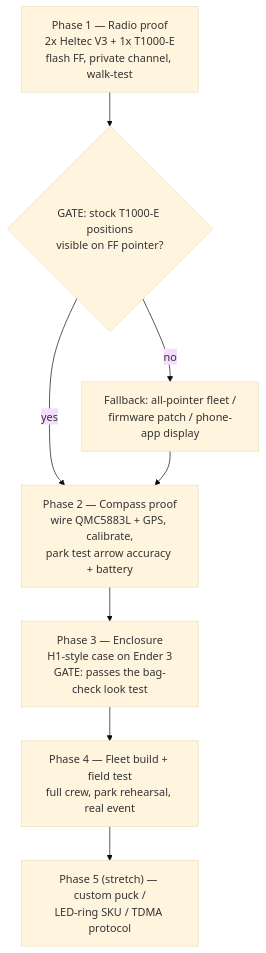
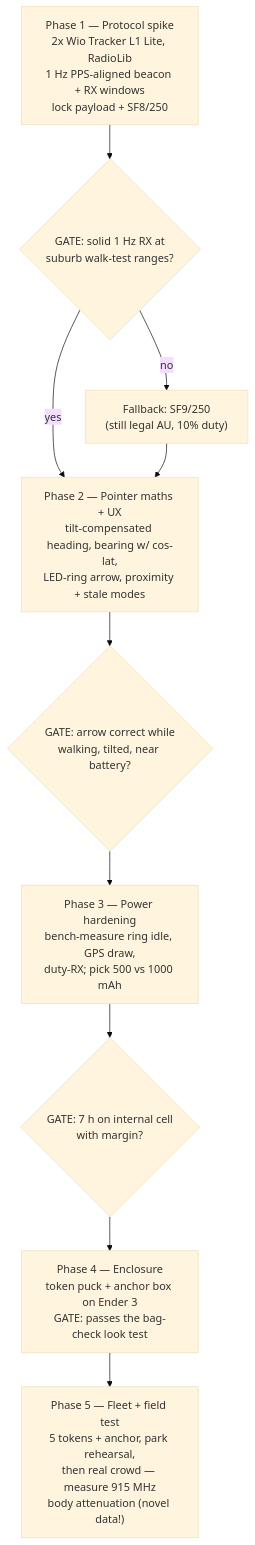
Before and after one commit to nathanielgtran/rave-compass: the fourth of 4 diagrams in PLAN.md, drawn with Mermaid (base theme). The commit also changed other lines of this file and 7 other files, not shown here.

Commit message:
docs: single-beacon architecture rewrite — research, plan, diagrams, review fixes

````diff
--- a/PLAN.md
+++ b/PLAN.md
@@ -116,15 +116,17 @@
 ```mermaid
 flowchart TD
-    P1["Phase 1 — Radio proof<br/>2x Heltec V3 + 1x T1000-E<br/>flash FF, private channel, walk-test"]
-    G1{"GATE: stock T1000-E positions<br/>visible on FF pointer?"}
-    ALT["Fallback: all-pointer fleet /<br/>firmware patch / phone-app display"]
-    P2["Phase 2 — Compass proof<br/>wire QMC5883L + GPS, calibrate,<br/>park test arrow accuracy + battery"]
-    P3["Phase 3 — Enclosure<br/>H1-style case on Ender 3<br/>GATE: passes the bag-check look test"]
-    P4["Phase 4 — Fleet build + field test<br/>full crew, park rehearsal, real event"]
-    P5["Phase 5 (stretch) — custom puck /<br/>LED-ring SKU / TDMA protocol"]
+    P1["Phase 1 — Protocol spike<br/>2x Wio Tracker L1 Lite, RadioLib<br/>1 Hz PPS-aligned beacon + RX windows<br/>lock payload + SF8/250"]
+    G1{"GATE: solid 1 Hz RX at<br/>suburb walk-test ranges?"}
+    F1["Fallback: SF9/250<br/>(still legal AU, 10% duty)"]
+    P2["Phase 2 — Pointer maths + UX<br/>tilt-compensated heading, bearing w/ cos-lat,<br/>LED-ring arrow, proximity + stale modes"]
+    G2{"GATE: arrow correct while<br/>walking, tilted, near battery?"}
+    P3["Phase 3 — Power hardening<br/>bench-measure ring idle, GPS draw,<br/>duty-RX; pick 500 vs 1000 mAh"]
+    G3{"GATE: 7 h on internal cell<br/>with margin?"}
+    P4["Phase 4 — Enclosure<br/>token puck + anchor box on Ender 3<br/>GATE: passes the bag-check look test"]
+    P5["Phase 5 — Fleet + field test<br/>5 tokens + anchor, park rehearsal,<br/>then real crowd — measure 915 MHz<br/>body attenuation (novel data!)"]
 
     P1 --> G1
     G1 -->|yes| P2
-    G1 -->|no| ALT --> P2
-    P2 --> P3 --> P4 --> P5
+    G1 -->|no| F1 --> P2
+    P2 --> G2 --> P3 --> G3 --> P4 --> P5
 ```
````
